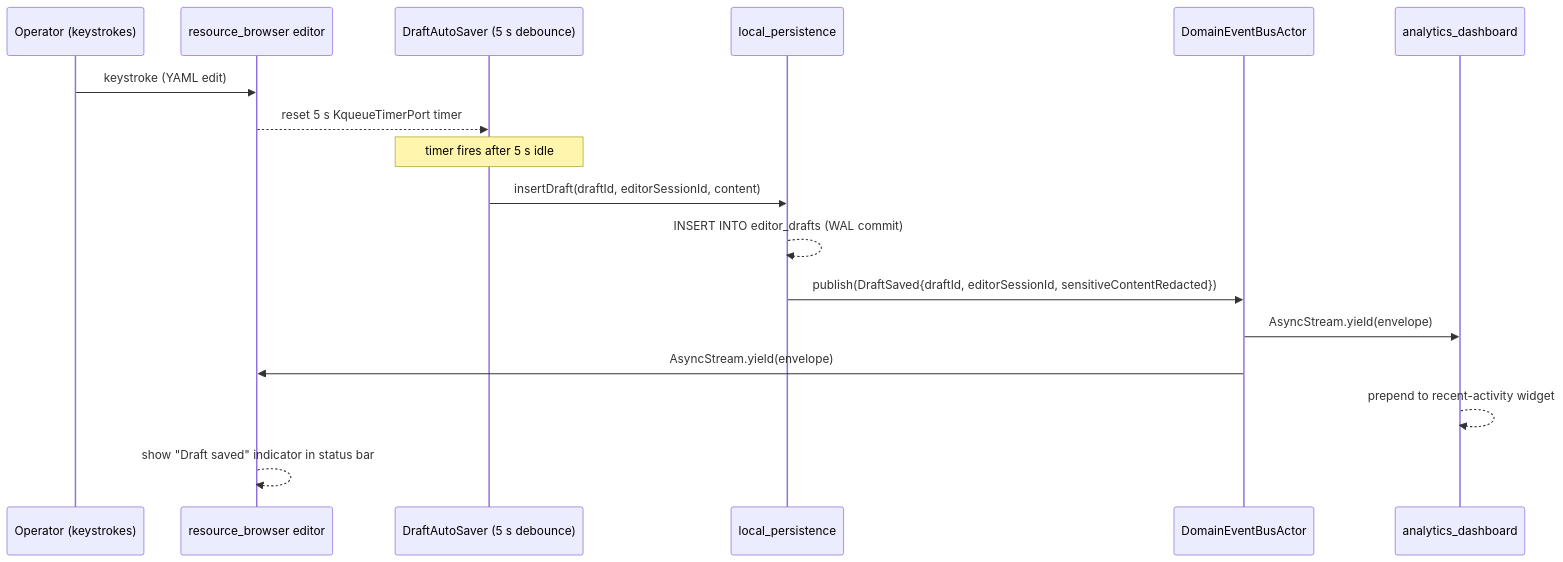
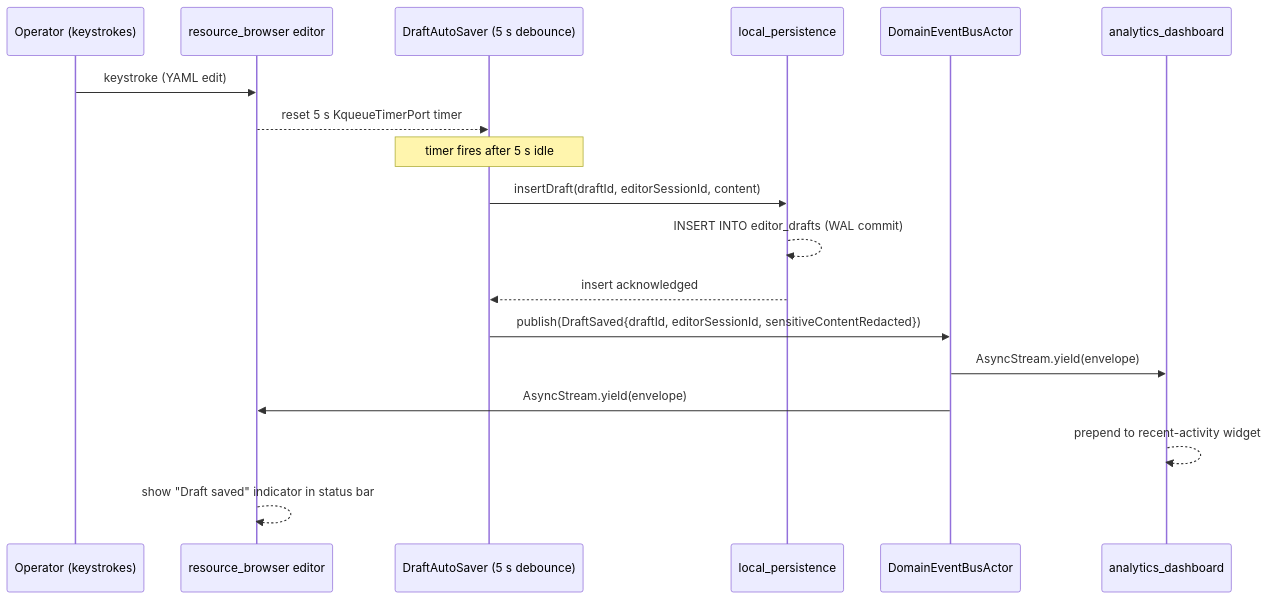
One commit to farchanjo/k8s-manager changed the sixth of 8 diagrams in docs/arch/architecture/event-flows.md. Above: the diagram before and after it, drawn with Mermaid. The commit also changed other lines of this file, not shown here.

First line of the commit message:
fix(events): publish DraftSaved from resource_browser, not local_persistence

````diff
--- a/docs/arch/architecture/event-flows.md
+++ b/docs/arch/architecture/event-flows.md
@@ -239,21 +244,22 @@
 ```mermaid
 sequenceDiagram
     participant OP as Operator (keystrokes)
     participant ED as resource_browser editor
     participant DAS as DraftAutoSaver (5 s debounce)
     participant LP as local_persistence
     participant BUS as DomainEventBusActor
     participant AD as analytics_dashboard
 
     OP->>ED: keystroke (YAML edit)
     ED-->>DAS: reset 5 s KqueueTimerPort timer
     Note over DAS: timer fires after 5 s idle
     DAS->>LP: insertDraft(draftId, editorSessionId, content)
     LP-->>LP: INSERT INTO editor_drafts (WAL commit)
-    LP->>BUS: publish(DraftSaved{draftId, editorSessionId, sensitiveContentRedacted})
+    LP-->>DAS: insert acknowledged
+    DAS->>BUS: publish(DraftSaved{draftId, editorSessionId, sensitiveContentRedacted})
     BUS->>AD: AsyncStream.yield(envelope)
     BUS->>ED: AsyncStream.yield(envelope)
 
     AD-->>AD: prepend to recent-activity widget
     ED-->>ED: show "Draft saved" indicator in status bar
 ```
````
